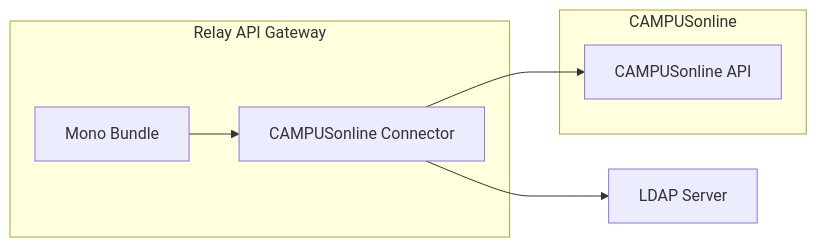
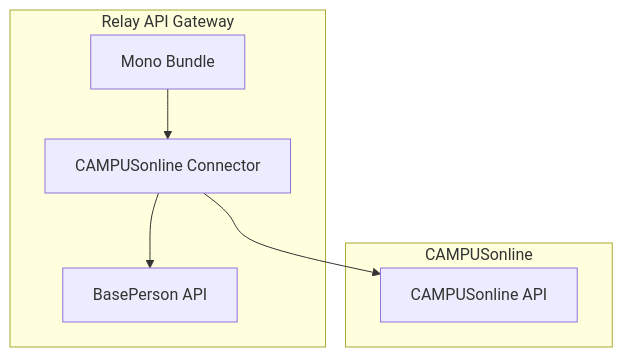
The diagram in docs/index.md (digital-blueprint/relay-mono-connector-campusonline-bundle), drawn with Mermaid before and after one commit. The commit also changed other lines of this file and 1 other file, not shown here.

Commit message:
docs: remove all references to LDAP since it's no longer used

````diff
--- a/docs/index.md
+++ b/docs/index.md
@@ -9,17 +9,16 @@
 ```mermaid
-flowchart LR
+flowchart TB
     subgraph Relay API Gateway
         mono_bundle["Mono Bundle"]
         mono_co_bundle["CAMPUSonline Connector"]
+        base_person_bundle["BasePerson API"]
     end
 
     subgraph CAMPUSonline
         co_api["CAMPUSonline API"]
     end
 
-    ldap_server["LDAP Server"]
-
     mono_bundle --> mono_co_bundle
     mono_co_bundle --> co_api
-    mono_co_bundle --> ldap_server
+    mono_co_bundle --> base_person_bundle
 ```
````
